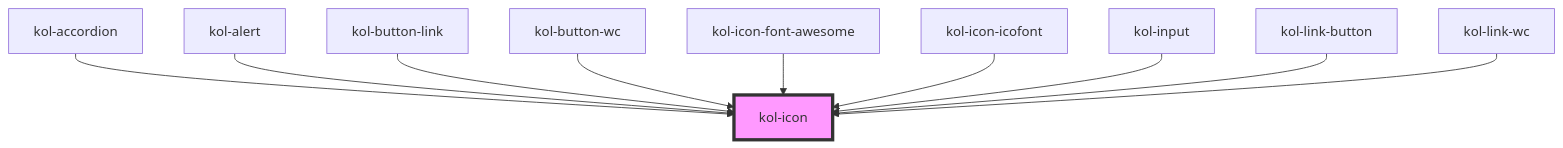
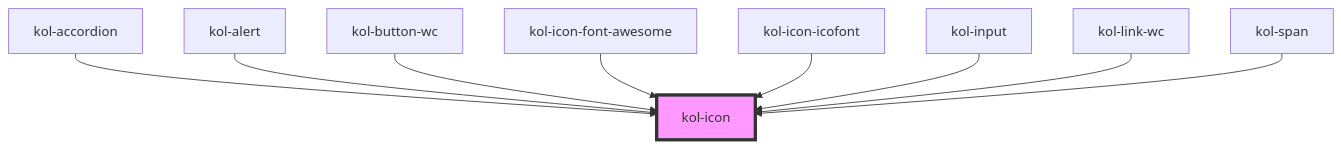
Before and after one commit to public-ui/kolibri: the diagram in packages/library/src/components/icon/readme.md, drawn with Mermaid. The commit also changed other lines of this file and 20 other files, not shown here.

````diff
--- a/packages/library/src/components/icon/readme.md
+++ b/packages/library/src/components/icon/readme.md
@@ -91,13 +90,12 @@
 ```mermaid
 graph TD;
   kol-accordion --> kol-icon
   kol-alert --> kol-icon
-  kol-button-link --> kol-icon
   kol-button-wc --> kol-icon
   kol-icon-font-awesome --> kol-icon
   kol-icon-icofont --> kol-icon
   kol-input --> kol-icon
-  kol-link-button --> kol-icon
   kol-link-wc --> kol-icon
+  kol-span --> kol-icon
   style kol-icon fill:#f9f,stroke:#333,stroke-width:4px
 ```
````
